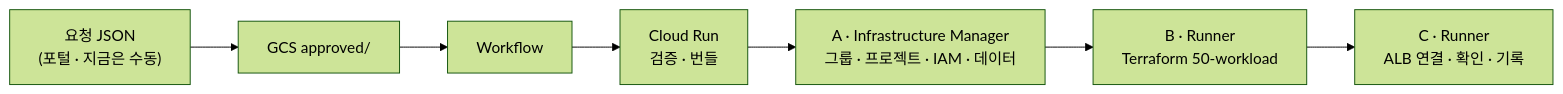
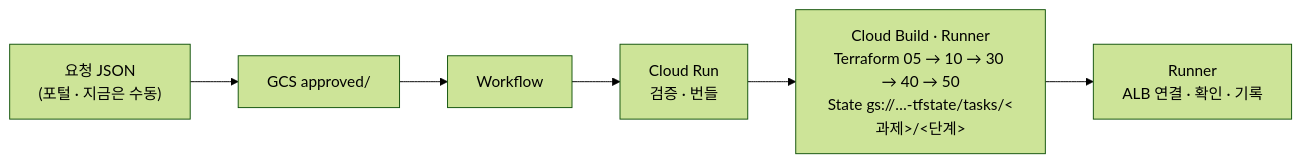
The diagram in 03.sandbox_deploy/README.md (sonmap/GCP_SBX_Test03), drawn with Mermaid (forest theme) before and after one commit. The commit also changed other lines of this file and 15 other files, not shown here.

First line of the commit message:
Run every Terraform stage in the runner with one state layout

````diff
--- a/03.sandbox_deploy/README.md
+++ b/03.sandbox_deploy/README.md
@@ -5,8 +5,7 @@
 ```mermaid
 flowchart LR
     J["요청 JSON<br/>(포털 · 지금은 수동)"] --> G["GCS approved/"]
     G --> W["Workflow"] --> R["Cloud Run<br/>검증 · 번들"]
-    R --> A["A · Infrastructure Manager<br/>그룹 · 프로젝트 · IAM · 데이터"]
-    A --> B["B · Runner<br/>Terraform 50-workload"]
-    B --> C["C · Runner<br/>ALB 연결 · 확인 · 기록"]
+    R --> B["Cloud Build · Runner<br/>Terraform 05 → 10 → 30 → 40 → 50<br/>State gs://…-tfstate/tasks/&lt;과제&gt;/&lt;단계&gt;"]
+    B --> C["Runner<br/>ALB 연결 · 확인 · 기록"]
 ```
````
